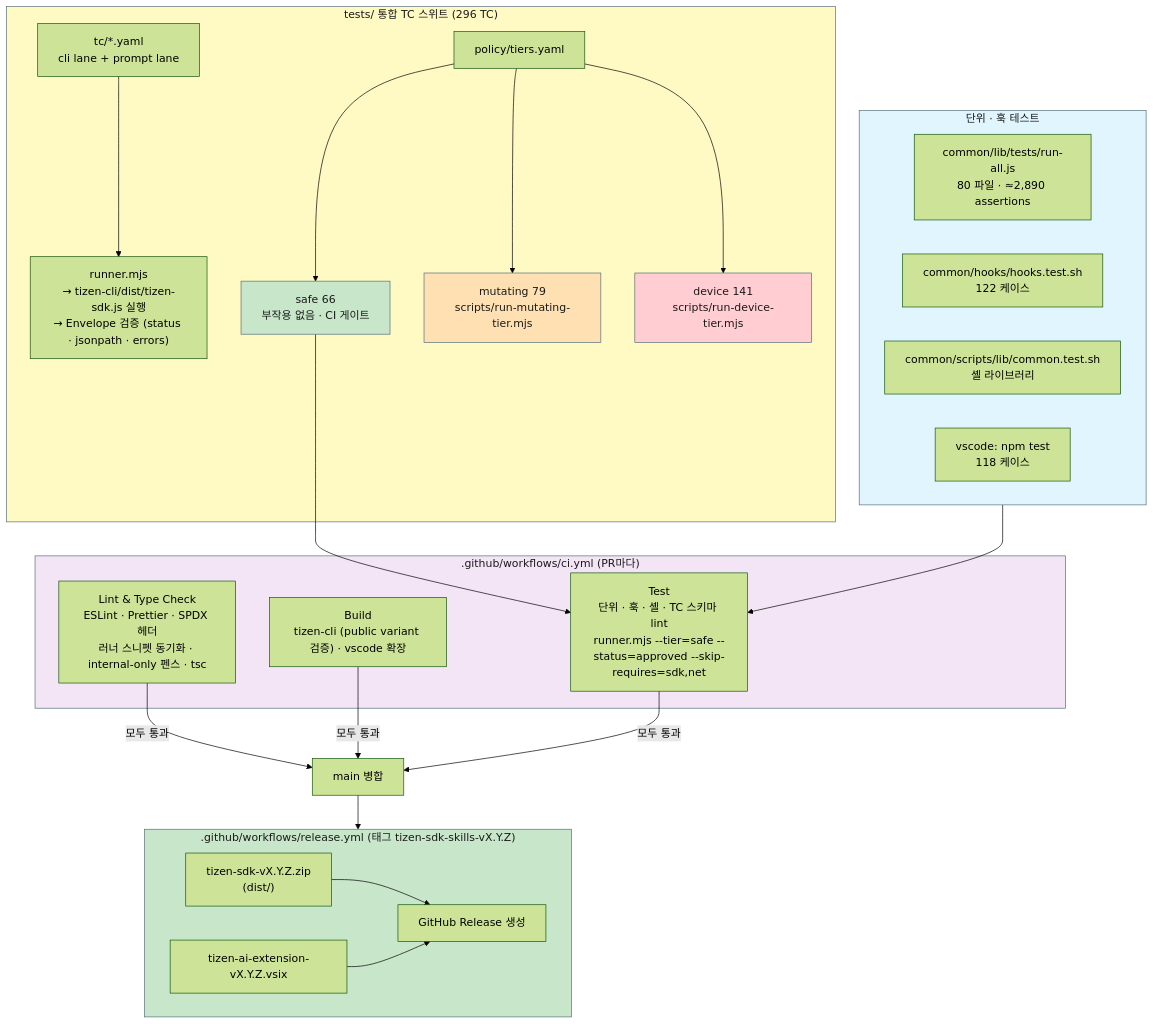
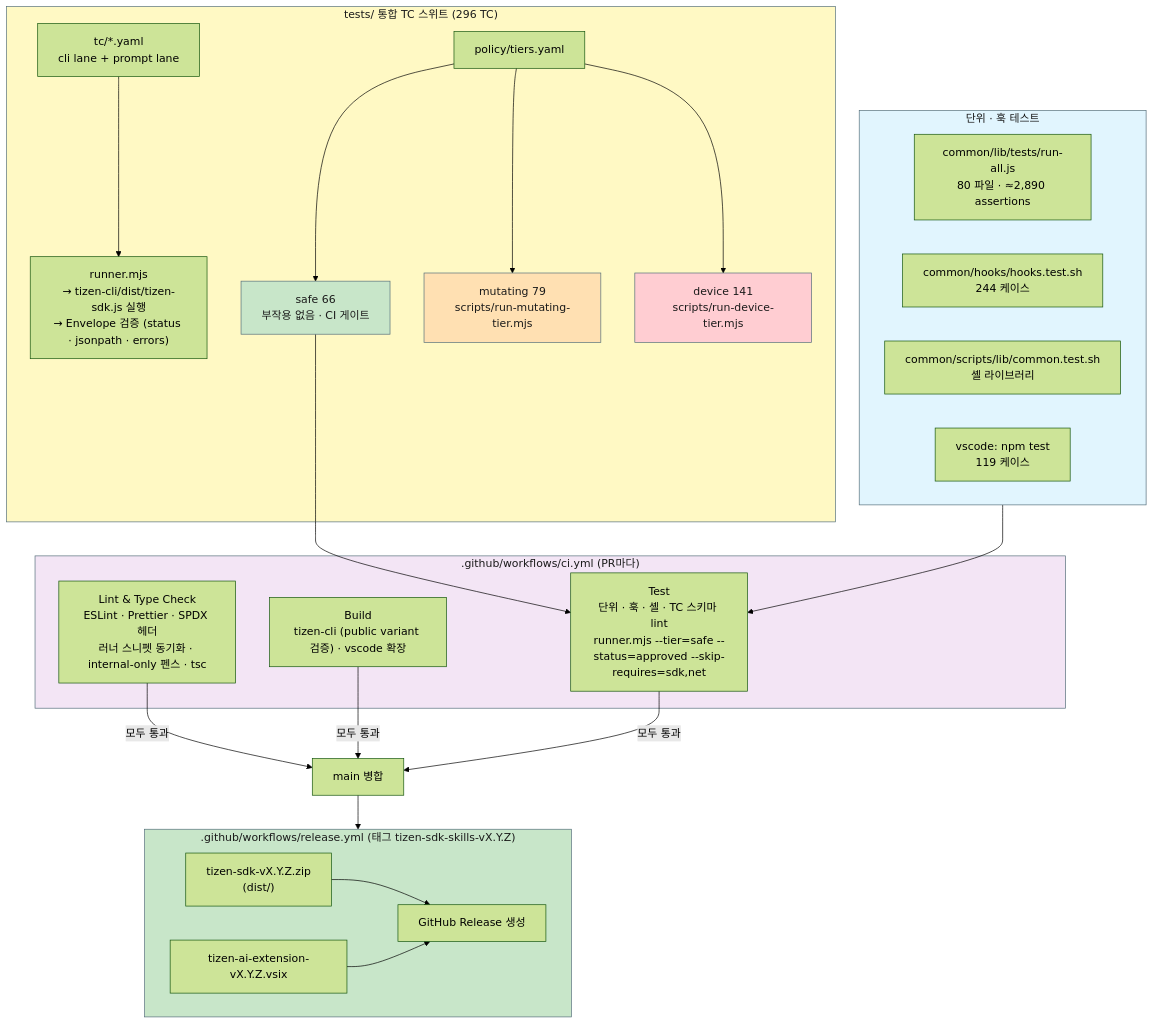
The tenth of 10 diagrams in tizen-sdk-skills/docs/ARCHITECTURE_DIAGRAMS.md (Samsung/tizen-agent-skills), drawn with Mermaid (forest theme) before and after one commit. The commit also changed other lines of this file and 3 other files, not shown here.

````diff
--- a/tizen-sdk-skills/docs/ARCHITECTURE_DIAGRAMS.md
+++ b/tizen-sdk-skills/docs/ARCHITECTURE_DIAGRAMS.md
@@ -449,45 +449,45 @@
 ```mermaid
 graph TB
     subgraph UNIT["단위 · 훅 테스트"]
         UT["common/lib/tests/run-all.js<br/>80 파일 · ≈2,890 assertions"]
-        HT["common/hooks/hooks.test.sh<br/>122 케이스"]
+        HT["common/hooks/hooks.test.sh<br/>244 케이스"]
         SLT["common/scripts/lib/common.test.sh<br/>셸 라이브러리"]
-        VT["vscode: npm test<br/>118 케이스"]
+        VT["vscode: npm test<br/>119 케이스"]
     end
 
     subgraph SUITE["tests/ 통합 TC 스위트 (296 TC)"]
         TC["tc/*.yaml<br/>cli lane + prompt lane"]
         RUNNER["runner.mjs<br/>→ tizen-cli/dist/tizen-sdk.js 실행<br/>→ Envelope 검증 (status · jsonpath · errors)"]
         TIERS["policy/tiers.yaml"]
         SAFE["safe 66<br/>부작용 없음 · CI 게이트"]
         MUT["mutating 79<br/>scripts/run-mutating-tier.mjs"]
         DEV["device 141<br/>scripts/run-device-tier.mjs"]
         TC --> RUNNER
         TIERS --> SAFE & MUT & DEV
     end
 
     subgraph CI[".github/workflows/ci.yml (PR마다)"]
         J1["Lint & Type Check<br/>ESLint · Prettier · SPDX 헤더<br/>러너 스니펫 동기화 · internal-only 펜스 · tsc"]
         J2["Build<br/>tizen-cli (public variant 검증) · vscode 확장"]
         J3["Test<br/>단위 · 훅 · 셸 · TC 스키마 lint<br/>runner.mjs --tier=safe --status=approved --skip-requires=sdk,net"]
     end
 
     subgraph REL[".github/workflows/release.yml (태그 tizen-sdk-skills-vX.Y.Z)"]
         R1["tizen-sdk-vX.Y.Z.zip<br/>(dist/)"]
         R2["tizen-ai-extension-vX.Y.Z.vsix"]
         R3["GitHub Release 생성"]
         R1 & R2 --> R3
     end
 
     UNIT --> J3
     SAFE --> J3
     J1 & J2 & J3 -->|"모두 통과"| MERGE["main 병합"] --> REL
 
     style UNIT fill:#e1f5fe,stroke:#546e7a,color:#1a1a1a
     style SUITE fill:#fff9c4,stroke:#546e7a,color:#1a1a1a
     style SAFE fill:#c8e6c9,stroke:#546e7a,color:#1a1a1a
     style MUT fill:#ffe0b2,stroke:#546e7a,color:#1a1a1a
     style DEV fill:#ffcdd2,stroke:#546e7a,color:#1a1a1a
     style CI fill:#f3e5f5,stroke:#546e7a,color:#1a1a1a
     style REL fill:#c8e6c9,stroke:#546e7a,color:#1a1a1a
 ```
````
